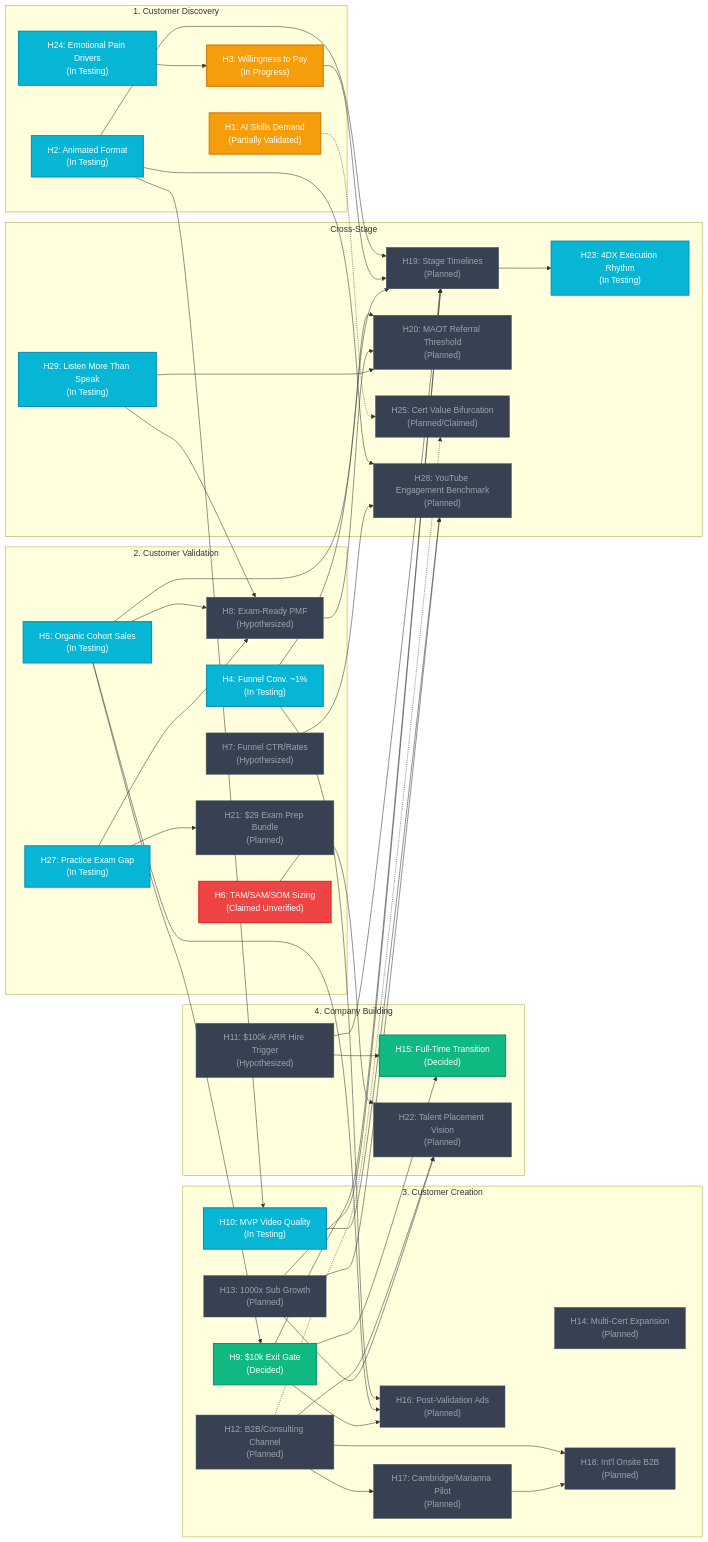
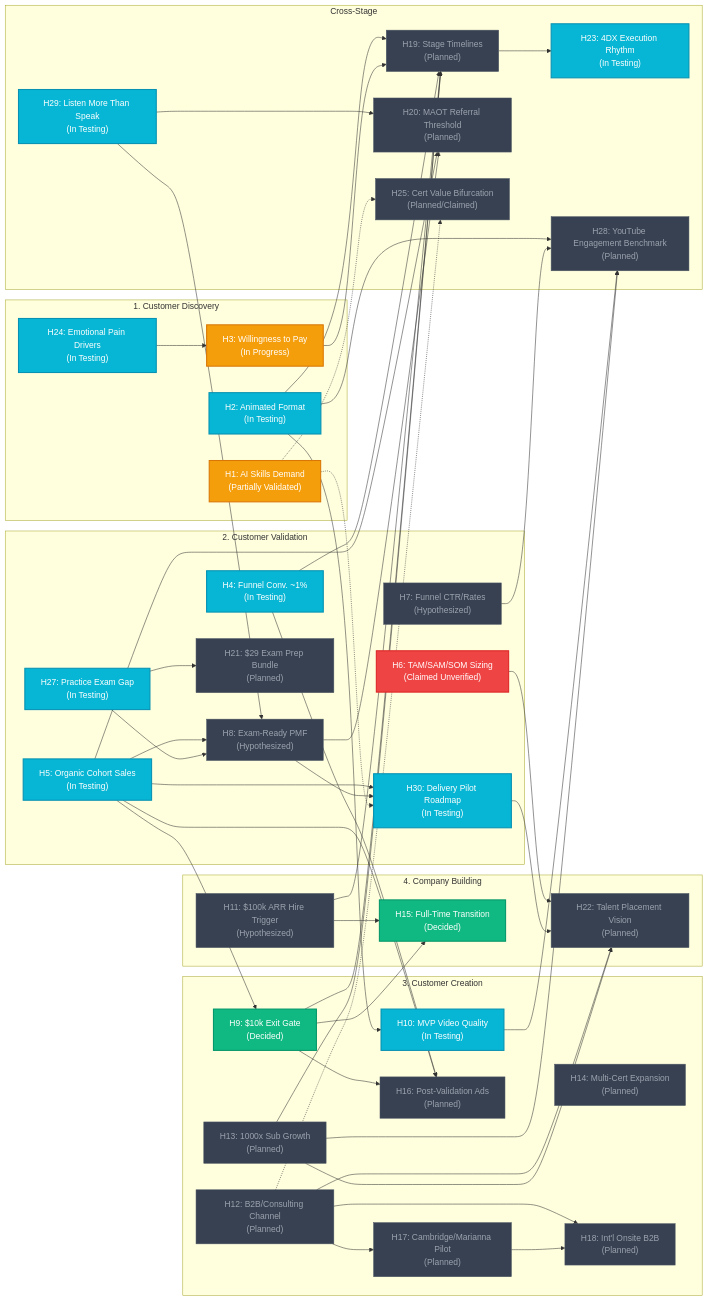
The diagram in HYPOTHESIS.md (rifaterdemsahin/AI-Certification-Customer-Development), drawn with Mermaid before and after one commit. The commit also changed other lines of this file and 29 other files, not shown here.

Commit message:
feat(nav): add Confidence Report and Latest Pages to Favorites dropdown; update H30 roadmap and Hormozi leadgen

````diff
--- a/HYPOTHESIS.md
+++ b/HYPOTHESIS.md
@@ -30,6 +30,7 @@
         H8["H8: Exam-Ready PMF<br>(Hypothesized)"]:::planned
         H21["H21: $29 Exam Prep Bundle<br>(Planned)"]:::planned
         H27["H27: Practice Exam Gap<br>(In Testing)"]:::testing
+        H30["H30: Delivery Pilot Roadmap<br>(In Testing)"]:::testing
     end
 
     subgraph Creation ["3. Customer Creation"]
@@ -93,4 +94,8 @@
     H12 -.-> H25
     H29 --> H8
     H29 --> H20
+    H5 --> H30
+    H8 --> H30
+    H1 -.-> H30
+    H30 --> H22
 ```
````
